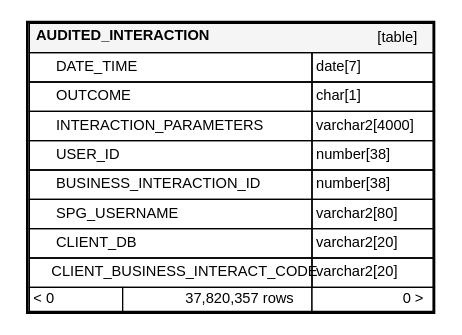
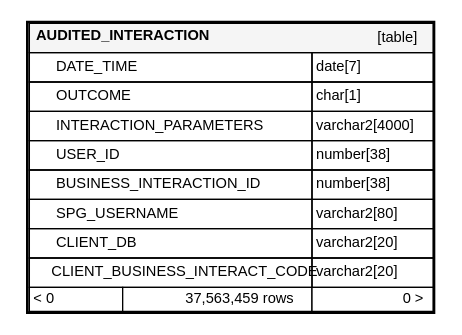
Before and after one commit to ministryofjustice/hmpps-probation-integration-services: the diagram in schema-spy-report/diagrams/orphans/AUDITED_INTERACTION.1degree.dot, drawn with Graphviz. The commit also changed 569 other files, not shown here.

```diff
--- a/schema-spy-report/diagrams/orphans/AUDITED_INTERACTION.1degree.dot
+++ b/schema-spy-report/diagrams/orphans/AUDITED_INTERACTION.1degree.dot
@@ -1,37 +1,37 @@
 digraph "AUDITED_INTERACTION" {
   graph [
     rankdir="RL"
     bgcolor="#ffffff"
     nodesep="0.18"
     ranksep="0.46"
     fontname="Helvetica"
     fontsize="11"
     ration="compress"
   ];
   node [
     fontname="Helvetica"
     fontsize="11"
     shape="plaintext"
   ];
   edge [
     arrowsize="0.8"
   ];
   "AUDITED_INTERACTION" [
    label=<
     <TABLE BORDER="2" CELLBORDER="1" CELLSPACING="0" BGCOLOR="#ffffff">
       <TR><TD COLSPAN="4"  BGCOLOR="#f5f5f5"><TABLE BORDER="0" CELLSPACING="0"><TR><TD ALIGN="LEFT"><B>AUDITED_INTERACTION</B></TD><TD ALIGN="RIGHT">[table]</TD></TR></TABLE></TD></TR>
       <TR><TD PORT="DATE_TIME" COLSPAN="2" ALIGN="LEFT"><TABLE BORDER="0" CELLSPACING="0" ALIGN="LEFT"><TR ALIGN="LEFT"><TD ALIGN="LEFT" FIXEDSIZE="TRUE" WIDTH="15" HEIGHT="16"></TD><TD ALIGN="LEFT" FIXEDSIZE="TRUE" WIDTH="191" HEIGHT="16">DATE_TIME</TD></TR></TABLE></TD><TD PORT="DATE_TIME.type" ALIGN="LEFT">date[7]</TD></TR>
       <TR><TD PORT="OUTCOME" COLSPAN="2" ALIGN="LEFT"><TABLE BORDER="0" CELLSPACING="0" ALIGN="LEFT"><TR ALIGN="LEFT"><TD ALIGN="LEFT" FIXEDSIZE="TRUE" WIDTH="15" HEIGHT="16"></TD><TD ALIGN="LEFT" FIXEDSIZE="TRUE" WIDTH="191" HEIGHT="16">OUTCOME</TD></TR></TABLE></TD><TD PORT="OUTCOME.type" ALIGN="LEFT">char[1]</TD></TR>
       <TR><TD PORT="INTERACTION_PARAMETERS" COLSPAN="2" ALIGN="LEFT"><TABLE BORDER="0" CELLSPACING="0" ALIGN="LEFT"><TR ALIGN="LEFT"><TD ALIGN="LEFT" FIXEDSIZE="TRUE" WIDTH="15" HEIGHT="16"></TD><TD ALIGN="LEFT" FIXEDSIZE="TRUE" WIDTH="191" HEIGHT="16">INTERACTION_PARAMETERS</TD></TR></TABLE></TD><TD PORT="INTERACTION_PARAMETERS.type" ALIGN="LEFT">varchar2[4000]</TD></TR>
       <TR><TD PORT="USER_ID" COLSPAN="2" ALIGN="LEFT"><TABLE BORDER="0" CELLSPACING="0" ALIGN="LEFT"><TR ALIGN="LEFT"><TD ALIGN="LEFT" FIXEDSIZE="TRUE" WIDTH="15" HEIGHT="16"></TD><TD ALIGN="LEFT" FIXEDSIZE="TRUE" WIDTH="191" HEIGHT="16">USER_ID</TD></TR></TABLE></TD><TD PORT="USER_ID.type" ALIGN="LEFT">number[38]</TD></TR>
       <TR><TD PORT="BUSINESS_INTERACTION_ID" COLSPAN="2" ALIGN="LEFT"><TABLE BORDER="0" CELLSPACING="0" ALIGN="LEFT"><TR ALIGN="LEFT"><TD ALIGN="LEFT" FIXEDSIZE="TRUE" WIDTH="15" HEIGHT="16"></TD><TD ALIGN="LEFT" FIXEDSIZE="TRUE" WIDTH="191" HEIGHT="16">BUSINESS_INTERACTION_ID</TD></TR></TABLE></TD><TD PORT="BUSINESS_INTERACTION_ID.type" ALIGN="LEFT">number[38]</TD></TR>
       <TR><TD PORT="SPG_USERNAME" COLSPAN="2" ALIGN="LEFT"><TABLE BORDER="0" CELLSPACING="0" ALIGN="LEFT"><TR ALIGN="LEFT"><TD ALIGN="LEFT" FIXEDSIZE="TRUE" WIDTH="15" HEIGHT="16"></TD><TD ALIGN="LEFT" FIXEDSIZE="TRUE" WIDTH="191" HEIGHT="16">SPG_USERNAME</TD></TR></TABLE></TD><TD PORT="SPG_USERNAME.type" ALIGN="LEFT">varchar2[80]</TD></TR>
       <TR><TD PORT="CLIENT_DB" COLSPAN="2" ALIGN="LEFT"><TABLE BORDER="0" CELLSPACING="0" ALIGN="LEFT"><TR ALIGN="LEFT"><TD ALIGN="LEFT" FIXEDSIZE="TRUE" WIDTH="15" HEIGHT="16"></TD><TD ALIGN="LEFT" FIXEDSIZE="TRUE" WIDTH="191" HEIGHT="16">CLIENT_DB</TD></TR></TABLE></TD><TD PORT="CLIENT_DB.type" ALIGN="LEFT">varchar2[20]</TD></TR>
       <TR><TD PORT="CLIENT_BUSINESS_INTERACT_CODE" COLSPAN="2" ALIGN="LEFT"><TABLE BORDER="0" CELLSPACING="0" ALIGN="LEFT"><TR ALIGN="LEFT"><TD ALIGN="LEFT" FIXEDSIZE="TRUE" WIDTH="15" HEIGHT="16"></TD><TD ALIGN="LEFT" FIXEDSIZE="TRUE" WIDTH="191" HEIGHT="16">CLIENT_BUSINESS_INTERACT_CODE</TD></TR></TABLE></TD><TD PORT="CLIENT_BUSINESS_INTERACT_CODE.type" ALIGN="LEFT">varchar2[20]</TD></TR>
-      <TR><TD ALIGN="LEFT" BGCOLOR="#ffffff">&lt; 0</TD><TD ALIGN="RIGHT" BGCOLOR="#ffffff">37,820,357 rows</TD><TD ALIGN="RIGHT" BGCOLOR="#ffffff">0 &gt;</TD></TR>
+      <TR><TD ALIGN="LEFT" BGCOLOR="#ffffff">&lt; 0</TD><TD ALIGN="RIGHT" BGCOLOR="#ffffff">37,563,459 rows</TD><TD ALIGN="RIGHT" BGCOLOR="#ffffff">0 &gt;</TD></TR>
     </TABLE>>
     URL="../../tables/AUDITED_INTERACTION.html"
     target="_top"
     tooltip="AUDITED_INTERACTION"
   ];
 }
```
